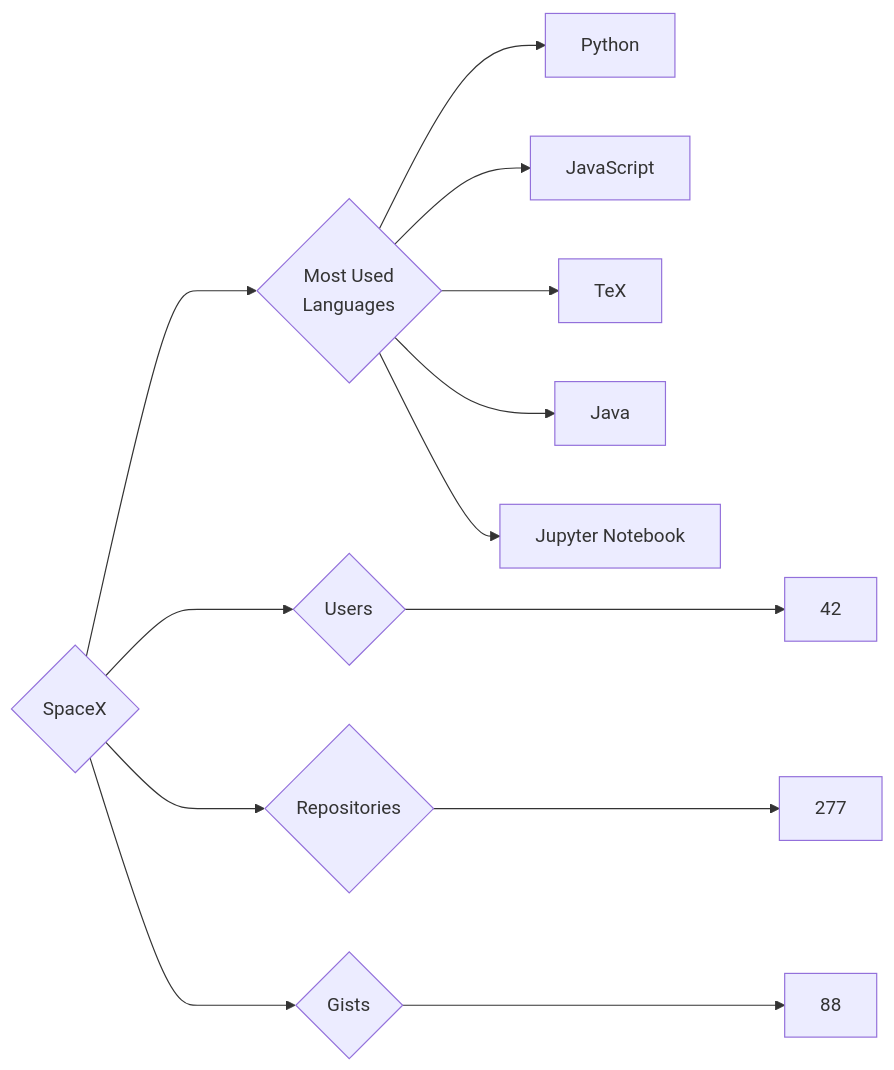
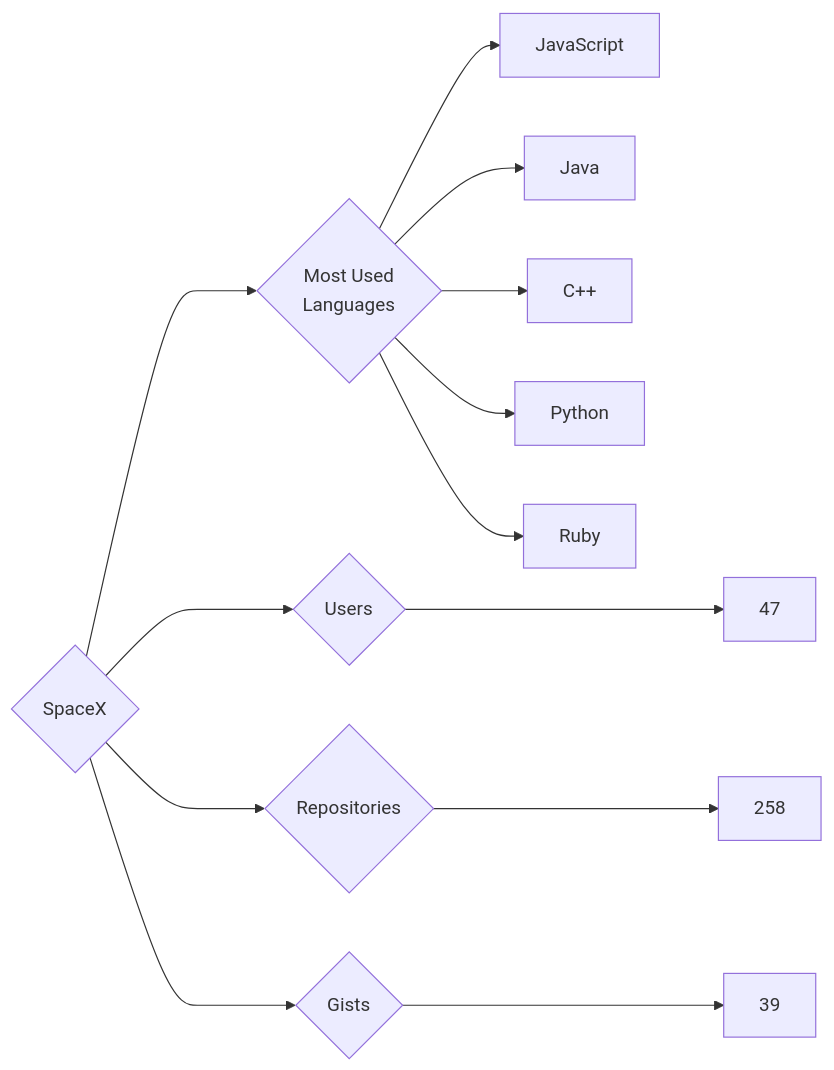
The diagram in targets/SpaceX/README.md (trickest/insiders), drawn with Mermaid before and after one commit. The commit also changed 976 other files, not shown here.

````diff
--- a/targets/SpaceX/README.md
+++ b/targets/SpaceX/README.md
@@ -3,13 +3,13 @@
 ```mermaid
 graph LR
 COMPANY_NAME{SpaceX}
-COMPANY_NAME ---> U{Users} ---> UN[42]
-COMPANY_NAME ---> R{Repositories} ---> RN[277]
-COMPANY_NAME ---> G{Gists} ---> GN[88]
+COMPANY_NAME ---> U{Users} ---> UN[47]
+COMPANY_NAME ---> R{Repositories} ---> RN[258]
+COMPANY_NAME ---> G{Gists} ---> GN[39]
 COMPANY_NAME ---> ML{Most Used<br>Languages}
+ML --> JavaScript[JavaScript]
+ML --> Java[Java]
+ML --> C++[C++]
 ML --> Python[Python]
-ML --> JavaScript[JavaScript]
-ML --> TeX[TeX]
-ML --> Java[Java]
-ML --> Jupyter_Notebook[Jupyter Notebook]
+ML --> Ruby[Ruby]
 ```
````
